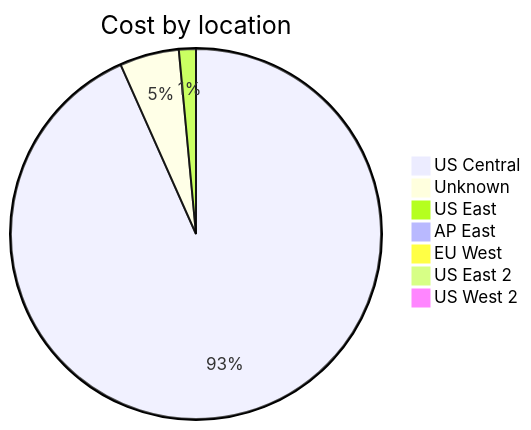
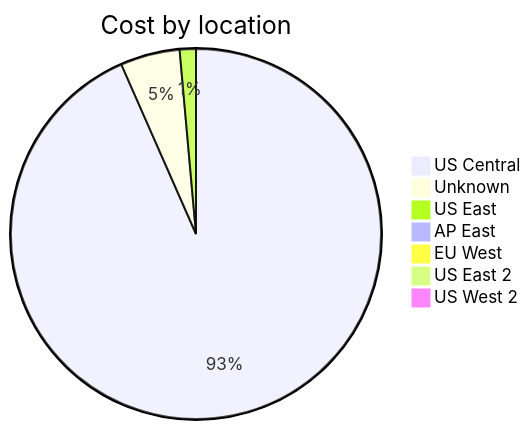
One commit to jpfulton/azure-personal-reports changed the third of 4 diagrams in cost-reports/accumulated-cost.md. Above: the diagram before and after it, drawn with Mermaid. The commit also changed other lines of this file and 4 other files, not shown here.

````diff
--- a/cost-reports/accumulated-cost.md
+++ b/cost-reports/accumulated-cost.md
@@ -119,11 +119,11 @@
 ```mermaid
 pie
    title Cost by location
-   "US Central" : 1.26
-   "Unknown" : 0.07
-   "US East" : 0.02
+   "US Central" : 1.98
+   "Unknown" : 0.11
+   "US East" : 0.03
    "AP East" : 0.00
    "EU West" : 0.00
    "US East 2" : 0.00
    "US West 2" : 0.00
 ```
````
